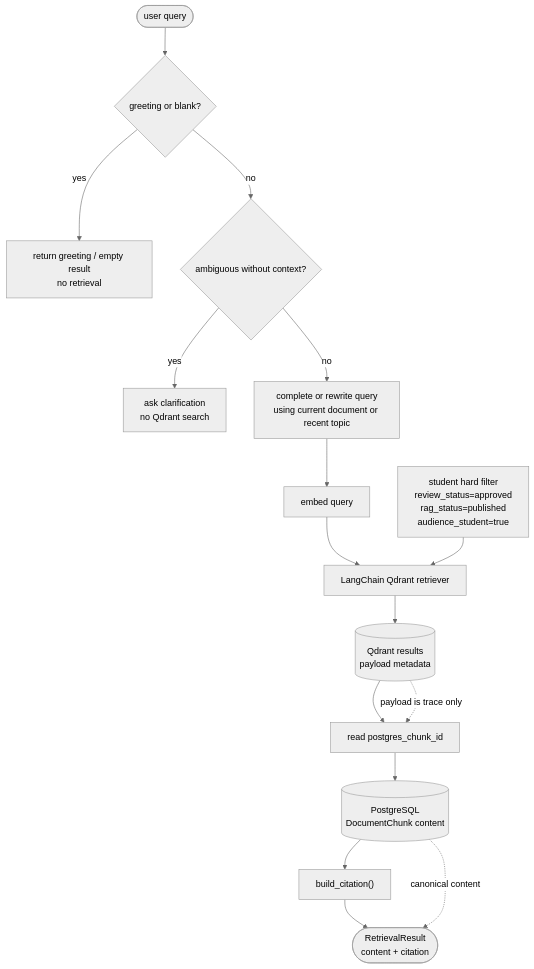
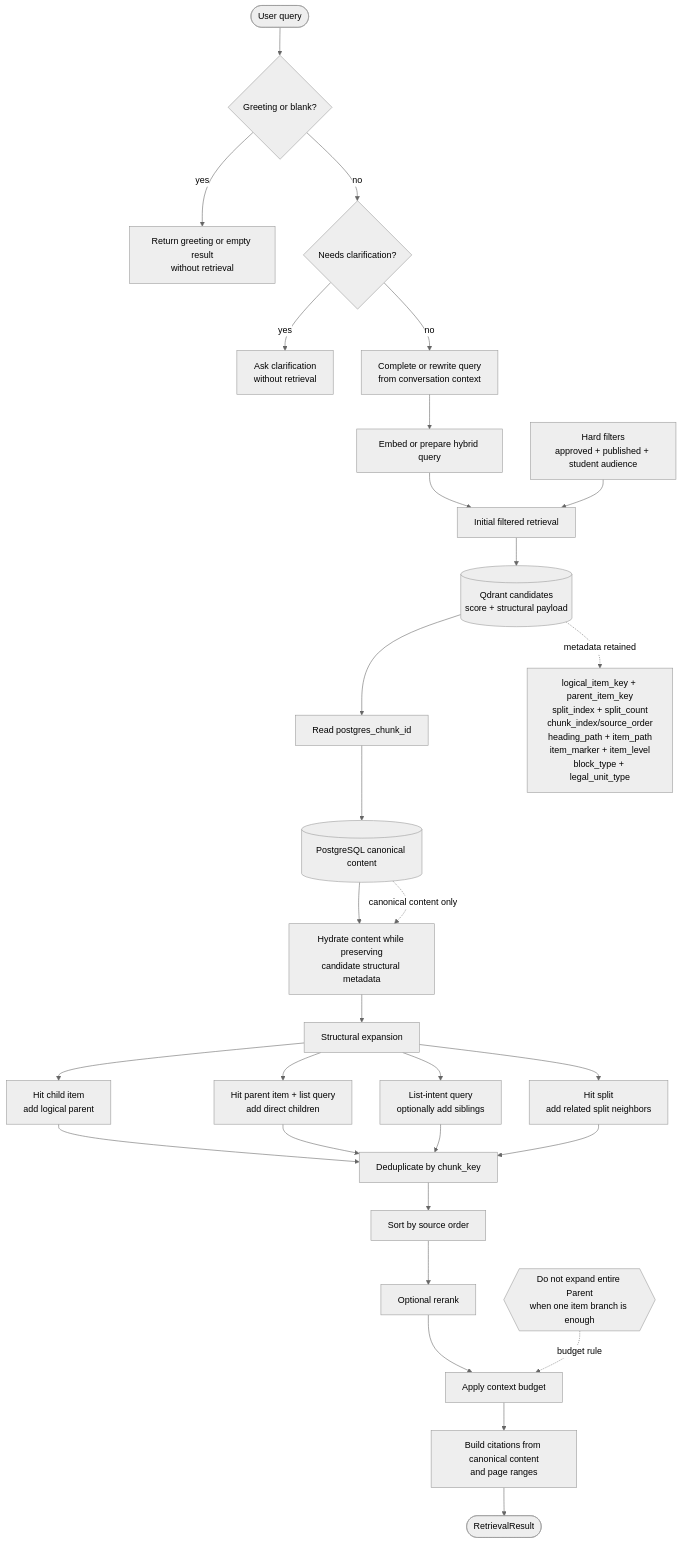
The diagram in .docs/diagrams/flowchart/16_retrieval_citation_flow.mmd (Ngocanhjr/CSS-CTU-Student-Service), drawn with Mermaid (neutral theme) before and after one commit. The commit also changed 36 other files, not shown here.

Commit message:
edit guild and add flowchart

```diff
--- a/.docs/diagrams/flowchart/16_retrieval_citation_flow.mmd
+++ b/.docs/diagrams/flowchart/16_retrieval_citation_flow.mmd
@@ -1,29 +1,51 @@
-%% Source: chatbot/.docs/guild_implement/16_PART_I_RETRIEVAL_GUIDE.md
-%% Retrieval: clarify query first, then Qdrant with student filter, hydrate content from PostgreSQL.
+%% Sources:
+%% - 16_PART_I_RETRIEVAL_GUIDE.md
+%% - 22_CHUNKING_RETRIEVAL_RECONCILIATION_GUIDE.md
+%% Retrieval keeps Qdrant structural metadata while hydrating canonical content from PostgreSQL.
 
 flowchart TD
-    A([user query])
-    B{greeting or blank?}
-    C[return greeting / empty result<br/>no retrieval]
-    D{ambiguous without context?}
-    E[ask clarification<br/>no Qdrant search]
-    F[complete or rewrite query<br/>using current document or recent topic]
-    G[embed query]
-    H[LangChain Qdrant retriever]
-    I[student hard filter<br/>review_status=approved<br/>rag_status=published<br/>audience_student=true]
-    J[(Qdrant results<br/>payload metadata)]
-    K[read postgres_chunk_id]
-    L[(PostgreSQL<br/>DocumentChunk content)]
-    M["build_citation()"]
-    N(["RetrievalResult<br/>content + citation"])
+    A([User query])
+    B{Greeting or blank?}
+    C[Return greeting or empty result<br/>without retrieval]
+    D{Needs clarification?}
+    E[Ask clarification<br/>without retrieval]
+    F[Complete or rewrite query<br/>from conversation context]
+    G[Embed or prepare hybrid query]
+    H[Initial filtered retrieval]
+    I[Hard filters<br/>approved + published + student audience]
+    J[(Qdrant candidates<br/>score + structural payload)]
+    K[Read postgres_chunk_id]
+    L[(PostgreSQL canonical content)]
+    M[Hydrate content while preserving<br/>candidate structural metadata]
+    N[Structural expansion]
+    O[Hit child item<br/>add logical parent]
+    P[Hit parent item + list query<br/>add direct children]
+    Q[List-intent query<br/>optionally add siblings]
+    R[Hit split<br/>add related split neighbors]
+    S[Deduplicate by chunk_key]
+    T[Sort by source order]
+    U[Optional rerank]
+    V[Apply context budget]
+    W[Build citations from canonical content<br/>and page ranges]
+    X([RetrievalResult])
 
     A --> B
     B -->|yes| C
     B -->|no| D
     D -->|yes| E
     D -->|no| F --> G --> H
     I --> H
     H --> J --> K --> L --> M --> N
+    N --> O
+    N --> P
+    N --> Q
+    N --> R
+    O --> S
+    P --> S
+    Q --> S
+    R --> S
+    S --> T --> U --> V --> W --> X
 
-    J -. payload is trace only .-> K
-    L -. canonical content .-> N
+    J -. metadata retained .-> Y[logical_item_key + parent_item_key<br/>split_index + split_count<br/>chunk_index/source_order<br/>heading_path + item_path<br/>item_marker + item_level<br/>block_type + legal_unit_type]
+    L -. canonical content only .-> M
+    Z{{Do not expand entire Parent<br/>when one item branch is enough}} -. budget rule .-> V
```
